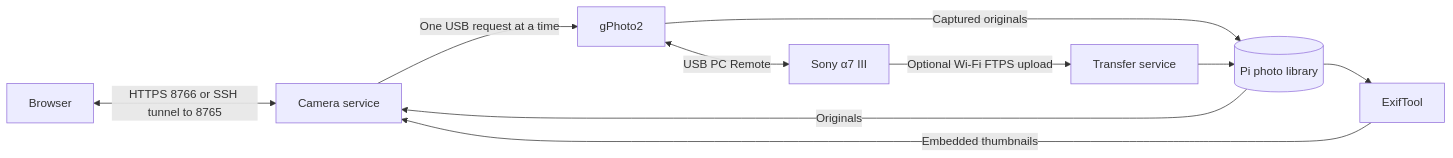
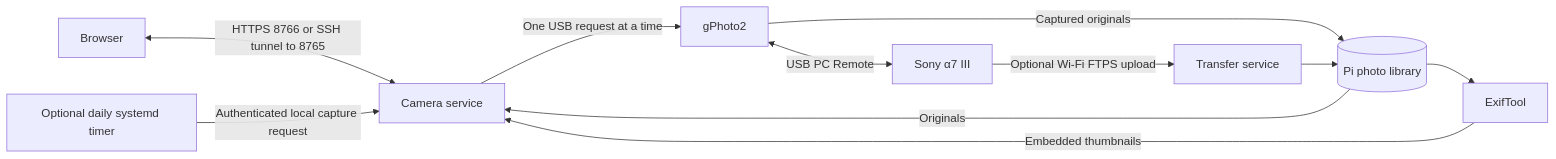
The diagram in README.md (affromero/sony-pi-camera), drawn with Mermaid before and after one commit. The commit also changed other lines of this file and 5 other files, not shown here.

Commit message:
Add optional systemd timer for daily camera captures

````diff
--- a/README.md
+++ b/README.md
@@ -87,12 +108,13 @@
 ```mermaid
 flowchart LR
     browser["Browser"] <-->|"HTTPS 8766 or SSH tunnel to 8765"| api["Camera service"]
+    timer["Optional daily systemd timer"] -->|"Authenticated local capture request"| api
     api -->|"One USB request at a time"| gphoto["gPhoto2"]
     gphoto <-->|"USB PC Remote"| sony["Sony α7 III"]
     gphoto -->|"Captured originals"| photos[("Pi photo library")]
     sony -->|"Optional Wi-Fi FTPS upload"| transfer["Transfer service"]
     transfer --> photos
     photos -->|"Originals"| api
     photos --> exif["ExifTool"]
     exif -->|"Embedded thumbnails"| api
 ```
````
